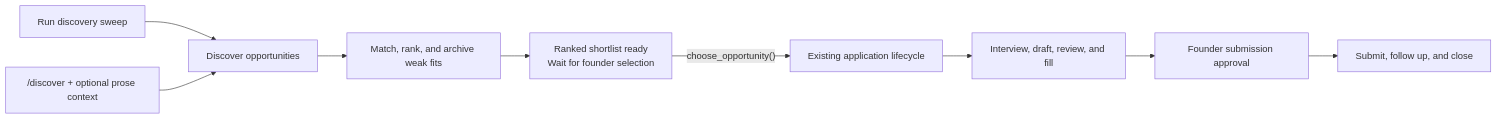
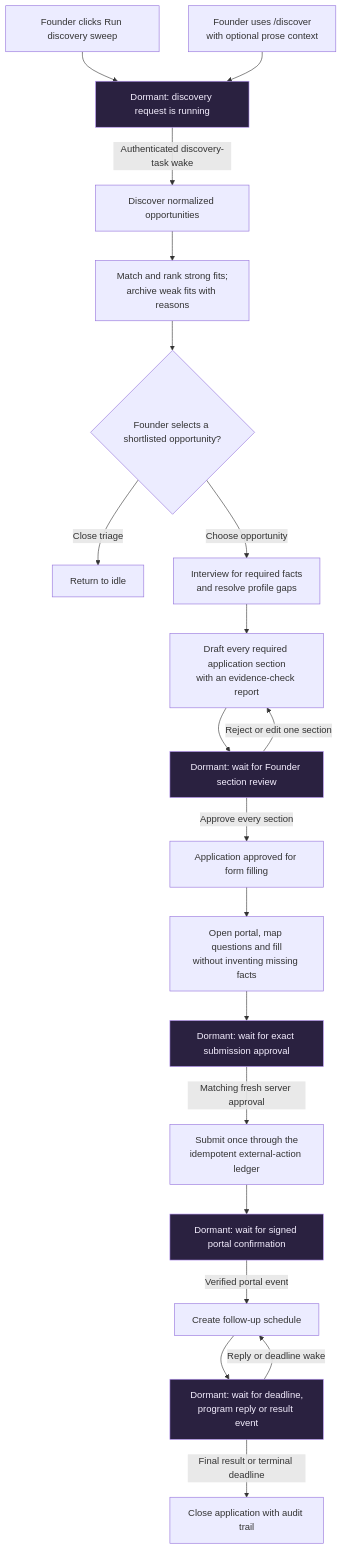
The second of 3 diagrams in README.md (ruhu-ai/alex-co-founder), drawn with Mermaid before and after one commit. The commit also changed other lines of this file, not shown here.

````diff
--- a/README.md
+++ b/README.md
@@ -289,11 +337,26 @@
 ```mermaid
-flowchart LR
-    CURRENT["Run discovery sweep"] --> D["Discover opportunities"]
-    CMD["/discover + optional prose context"] --> D
-    D --> M["Match, rank, and archive weak fits"]
-    M --> S["Ranked shortlist ready<br/>Wait for founder selection"]
-    S -->|"choose_opportunity()"| A["Existing application lifecycle"]
-    A --> W["Interview, draft, review, and fill"]
-    W --> G["Founder submission approval"]
-    G --> F["Submit, follow up, and close"]
+flowchart TB
+    CURRENT["Founder clicks Run discovery sweep"] --> W0["Dormant: discovery request is running"]
+    CMD["Founder uses /discover<br/>with optional prose context"] --> W0
+    W0 -->|Authenticated discovery-task wake| D["Discover normalized opportunities"]
+    D --> M["Match and rank strong fits;<br/>archive weak fits with reasons"]
+    M --> S{"Founder selects a shortlisted opportunity?"}
+    S -->|Close triage| IDLE["Return to idle"]
+    S -->|Choose opportunity| Q["Interview for required facts<br/>and resolve profile gaps"]
+    Q --> DR["Draft every required application section<br/>with an evidence-check report"]
+
+    DR --> W1["Dormant: wait for Founder section review"]
+    W1 -->|Reject or edit one section| DR
+    W1 -->|Approve every section| AP["Application approved for form filling"]
+    AP --> F["Open portal, map questions and fill<br/>without inventing missing facts"]
+    F --> W2["Dormant: wait for exact submission approval"]
+    W2 -->|Matching fresh server approval| X["Submit once through the<br/>idempotent external-action ledger"]
+    X --> W3["Dormant: wait for signed portal confirmation"]
+    W3 -->|Verified portal event| FU["Create follow-up schedule"]
+    FU --> W4["Dormant: wait for deadline,<br/>program reply or result event"]
+    W4 -->|Reply or deadline wake| FU
+    W4 -->|Final result or terminal deadline| C["Close application with audit trail"]
+
+    classDef wait fill:#2a2140,stroke:#b794f6,color:#f5efff;
+    class W0,W1,W2,W3,W4 wait;
 ```
````
